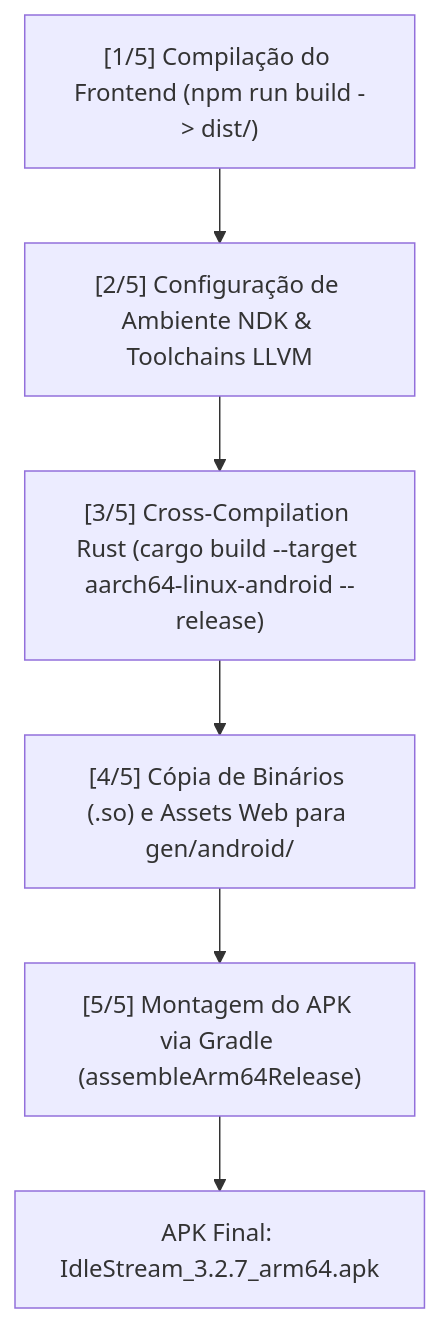
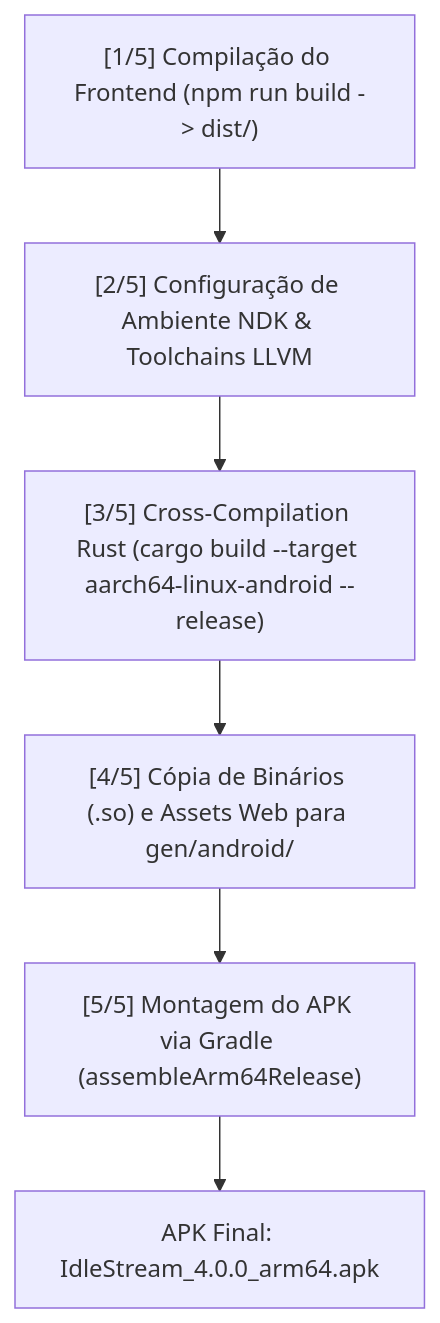
The third of 3 diagrams in Docs/07-multiplataforma-android.md (GabrielGamaBaptista/IdleStream), drawn with Mermaid before and after one commit. The commit also changed other lines of this file and 51 other files, not shown here.

````diff
--- a/Docs/07-multiplataforma-android.md
+++ b/Docs/07-multiplataforma-android.md
@@ -155,10 +164,10 @@
 ```mermaid
 flowchart TD
     S1["[1/5] Compilação do Frontend (npm run build -> dist/)"]
     S2["[2/5] Configuração de Ambiente NDK & Toolchains LLVM"]
     S3["[3/5] Cross-Compilation Rust (cargo build --target aarch64-linux-android --release)"]
     S4["[4/5] Cópia de Binários (.so) e Assets Web para gen/android/"]
     S5["[5/5] Montagem do APK via Gradle (assembleArm64Release)"]
 
-    S1 --> S2 --> S3 --> S4 --> S5 --> FinalAPK["APK Final: IdleStream_3.2.7_arm64.apk"]
+    S1 --> S2 --> S3 --> S4 --> S5 --> FinalAPK["APK Final: IdleStream_4.0.0_arm64.apk"]
 ```
````
